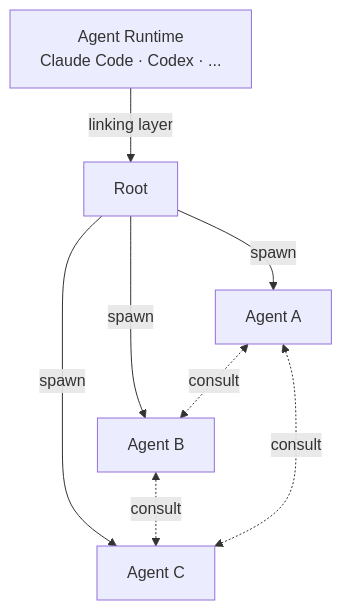
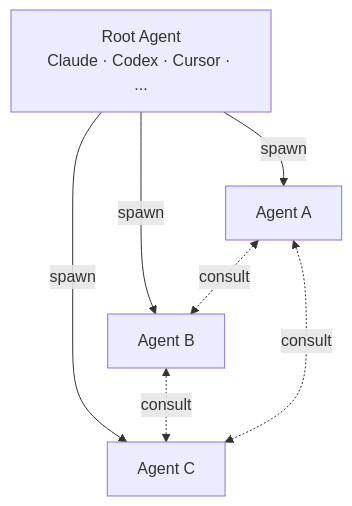
One commit to Kord96/kordinate changed the diagram in docs/index.md. Above: the diagram before and after it, drawn with Mermaid.

Commit message:
Home diagram: Root Agent (Claude, Codex, Cursor) spawns team [scribe]

````diff
--- a/docs/index.md
+++ b/docs/index.md
@@ -5,10 +5,9 @@
 ```mermaid
 flowchart TB
-    RT[Agent Runtime<br/>Claude Code · Codex · ...] -->|linking layer| ROOT[Root]
-    ROOT -->|spawn| A1[Agent A]
+    ROOT[Root Agent<br/>Claude · Codex · Cursor · ...] -->|spawn| A1[Agent A]
     ROOT -->|spawn| A2[Agent B]
     ROOT -->|spawn| A3[Agent C]
     A1 <-.->|consult| A2
     A2 <-.->|consult| A3
     A1 <-.->|consult| A3
 ```
````
